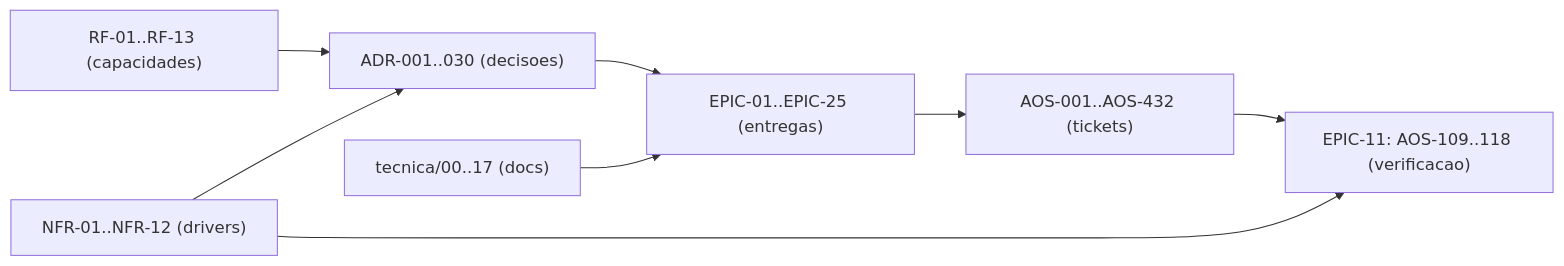
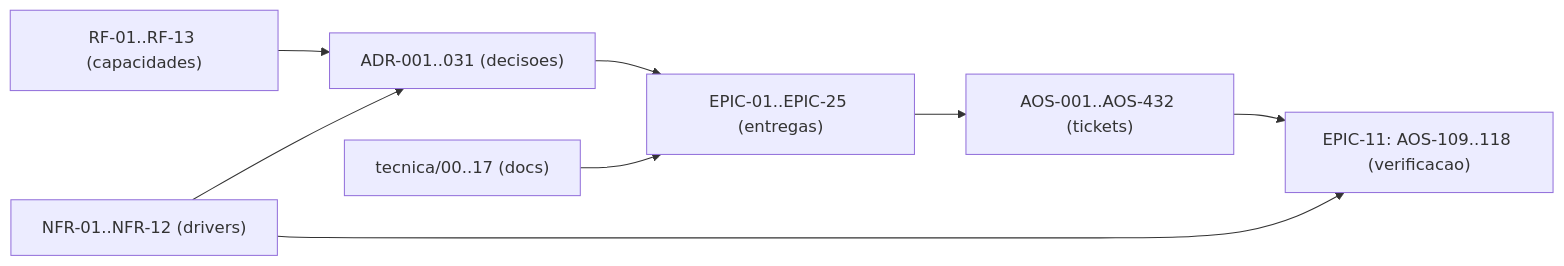
One commit to albinoJimy/aos changed the diagram in tecnica/16_Rastreabilidade_RTM.md. Above: the diagram before and after it, drawn with Mermaid. The commit also changed other lines of this file and 9 other files, not shown here.

````diff
--- a/tecnica/16_Rastreabilidade_RTM.md
+++ b/tecnica/16_Rastreabilidade_RTM.md
@@ -190,10 +192,10 @@
 ```mermaid
 flowchart LR
-    RF["RF-01..RF-13 (capacidades)"] --> ADR["ADR-001..030 (decisoes)"]
+    RF["RF-01..RF-13 (capacidades)"] --> ADR["ADR-001..031 (decisoes)"]
     NFR["NFR-01..NFR-12 (drivers)"] --> ADR
     ADR --> EPIC["EPIC-01..EPIC-25 (entregas)"]
     EPIC --> TICK["AOS-001..AOS-432 (tickets)"]
     DOC["tecnica/00..17 (docs)"] --> EPIC
     TICK --> TEST["EPIC-11: AOS-109..118 (verificacao)"]
     NFR --> TEST
 ```
````
